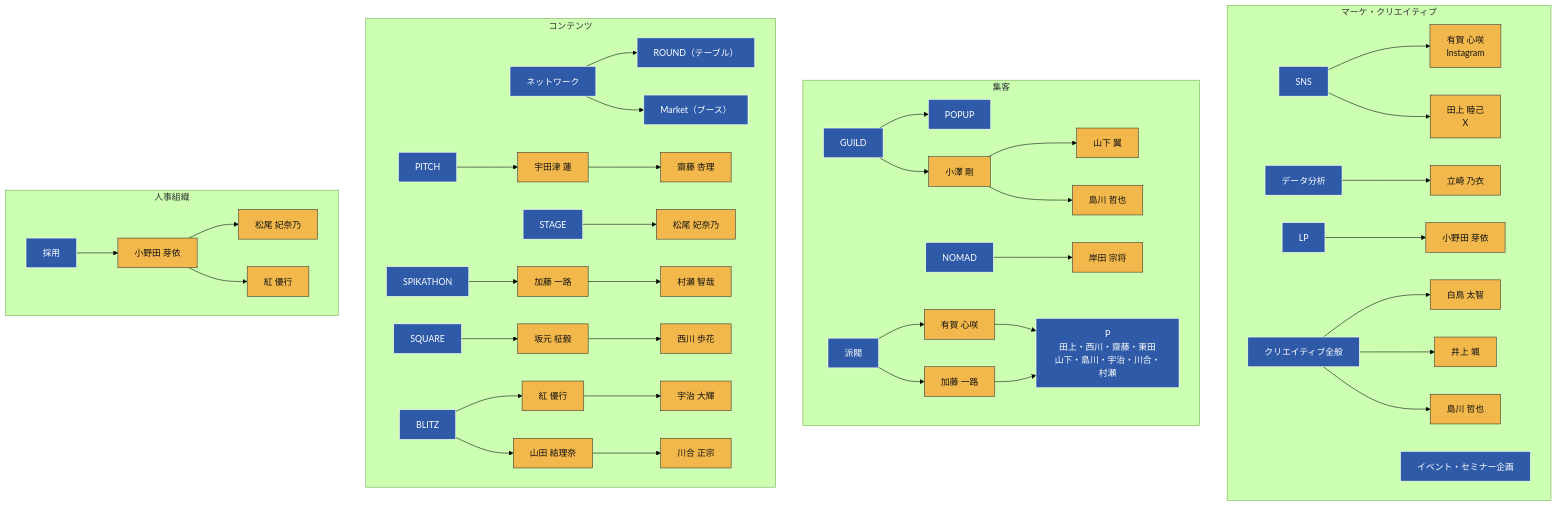
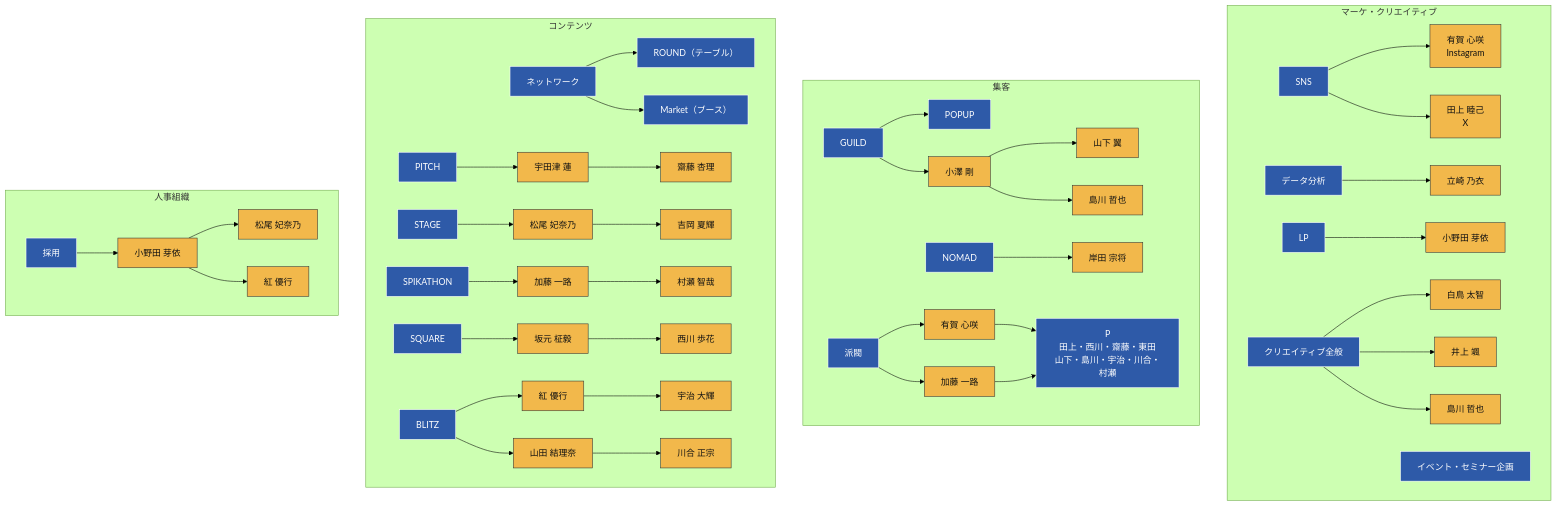
Before and after one commit to liofval/spikes_hr: the third of 3 diagrams in spikes-org-chart.md, drawn with Mermaid (forest theme). The commit also changed other lines of this file and 1 other file, not shown here.

Commit message:
組織図: 吉岡夏輝を松尾（STAGE）配下のPとして追加

````diff
--- a/spikes-org-chart.md
+++ b/spikes-org-chart.md
@@ -89,67 +90,68 @@
 ```mermaid
 graph TD
     subgraph SG_MC ["マーケ・クリエイティブ"]
       SNS[SNS]
       DATA[データ分析]
       EV[イベント・セミナー企画]
       LP[LP]
       CREATIVE[クリエイティブ全般]
       SNS --> Aruga2[有賀 心咲<br/>Instagram]
       SNS --> Tagami2[田上 睦己<br/>X]
       DATA --> Tatsuzaki2[立崎 乃衣]
       LP --> Onoda3[小野田 芽依]
       CREATIVE --> Shiratori2[白鳥 太智]
       CREATIVE --> Inoue2[井上 颯]
       CREATIVE --> Shimakawa3[島川 哲也]
     end
 
     subgraph SG_PROMO ["集客"]
       GUILD[GUILD]
       NOMAD[NOMAD]
       GUILD --> POPUP[POPUP]
       GUILD --> Ozawa2[小澤 剛]
       Ozawa2 --> Yamashita2[山下 翼]
       Ozawa2 --> Shimakawa2[島川 哲也]
       NOMAD --> Kishida2[岸田 宗将]
       HAIBATSU[派閥]
       HAIBATSU --> ArugaP[有賀 心咲]
       HAIBATSU --> KatoP[加藤 一路]
       ArugaP --> PALL["P<br/>田上・西川・齋藤・東田<br/>山下・島川・宇治・川合・村瀬"]
       KatoP --> PALL
     end
 
     subgraph SG_CONT ["コンテンツ"]
       PITCH[PITCH]
       STAGE[STAGE]
       SPIKATHON[SPIKATHON]
       SQUARE[SQUARE]
       BLITZ[BLITZ]
       NW[ネットワーク]
       NW --> ROUND["ROUND（テーブル）"]
       NW --> MARKET["Market（ブース）"]
 
       PITCH --> Udatsu2[宇田津 蓮]
       Udatsu2 --> Saito2[齋藤 杏理]
       STAGE --> Matsuo2[松尾 妃奈乃]
+      Matsuo2 --> Yoshioka2[吉岡 夏輝]
       SPIKATHON --> Kato2[加藤 一路]
       Kato2 --> Murase2[村瀬 智哉]
       SQUARE --> Sakamoto2[坂元 柾毅]
       Sakamoto2 --> Nishikawa2[西川 歩花]
       BLITZ --> Kurenai2[紅 優行]
       BLITZ --> Yamada2[山田 結理奈]
       Kurenai2 --> Uji2[宇治 大輝]
       Yamada2 --> Kawai2[川合 正宗]
     end
 
     subgraph SG_HR ["人事組織"]
       RECRUIT[採用]
       RECRUIT --> Onoda2[小野田 芽依]
       Onoda2 --> Matsuo3[松尾 妃奈乃]
       Onoda2 --> Kurenai3[紅 優行]
     end
 
     classDef role fill:#2e5aa8,stroke:#fff,color:#fff;
     classDef person fill:#f2b84b,stroke:#333,color:#111;
     class SNS,DATA,EV,LP,GUILD,NOMAD,CREATIVE,PITCH,STAGE,SPIKATHON,NW,SQUARE,BLITZ,ROUND,MARKET,POPUP,RECRUIT,HAIBATSU,PALL role;
-    class Aruga2,Tagami2,Tatsuzaki2,Ozawa2,Yamashita2,Shimakawa2,Shimakawa3,Kishida2,Shiratori2,Inoue2,Udatsu2,Saito2,Matsuo2,Matsuo3,Kato2,Sakamoto2,Nishikawa2,Kurenai2,Kurenai3,Yamada2,Onoda2,Onoda3,Uji2,Kawai2,Murase2,ArugaP,KatoP person;
+    class Aruga2,Tagami2,Tatsuzaki2,Ozawa2,Yamashita2,Shimakawa2,Shimakawa3,Kishida2,Shiratori2,Inoue2,Udatsu2,Saito2,Matsuo2,Matsuo3,Kato2,Sakamoto2,Nishikawa2,Kurenai2,Kurenai3,Yamada2,Onoda2,Onoda3,Uji2,Kawai2,Murase2,ArugaP,KatoP,Yoshioka2 person;
 ```
````
